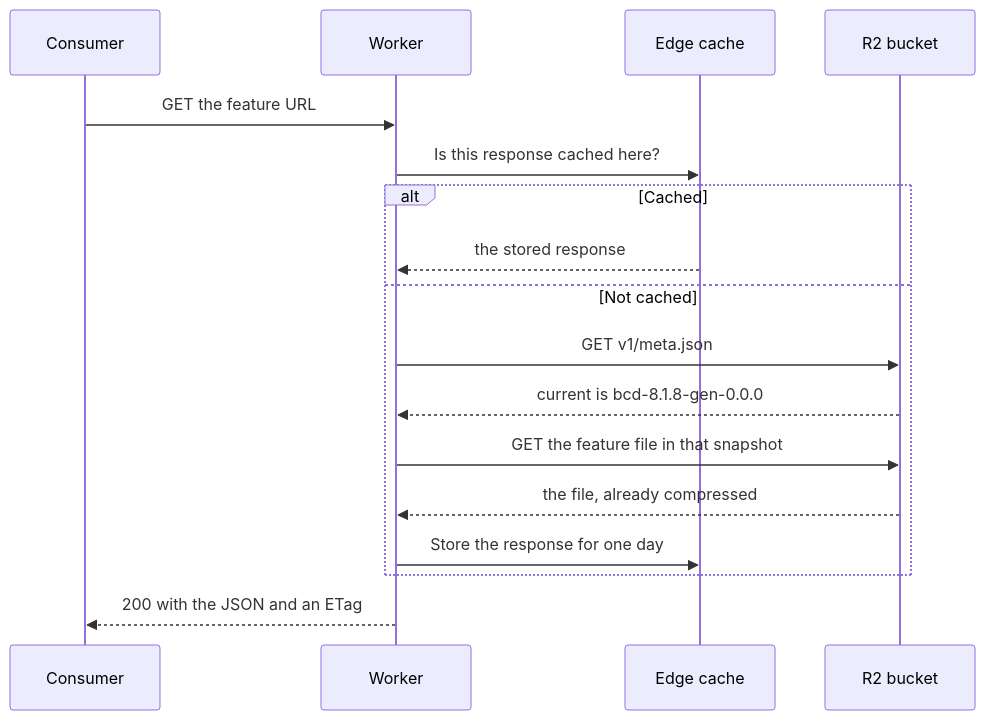
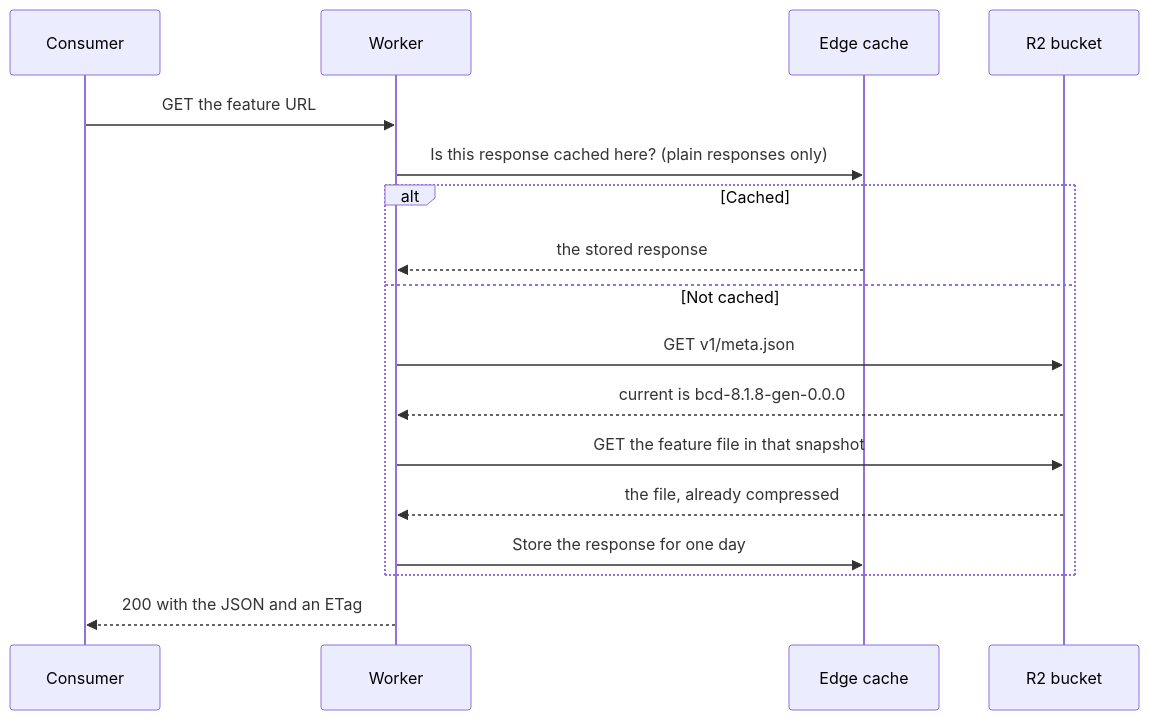
One commit to schalkneethling/bcd-embed changed the second of 2 diagrams in apps/website/src/content/docs/index.md. Above: the diagram before and after it, drawn with Mermaid. The commit also changed other lines of this file and 6 other files, not shown here.

````diff
--- a/apps/website/src/content/docs/index.md
+++ b/apps/website/src/content/docs/index.md
@@ -68,20 +68,20 @@
 ```mermaid
 sequenceDiagram
     participant C as Consumer
     participant W as Worker
     participant E as Edge cache
     participant R as R2 bucket
 
     C->>W: GET the feature URL
-    W->>E: Is this response cached here?
+    W->>E: Is this response cached here? (plain responses only)
     alt Cached
         E-->>W: the stored response
     else Not cached
         W->>R: GET v1/meta.json
         R-->>W: current is bcd-8.1.8-gen-0.0.0
         W->>R: GET the feature file in that snapshot
         R-->>W: the file, already compressed
         W->>E: Store the response for one day
     end
     W-->>C: 200 with the JSON and an ETag
 ```
````
